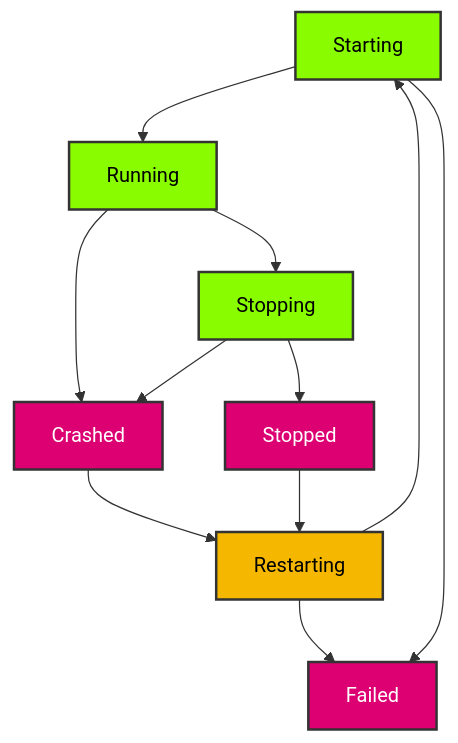
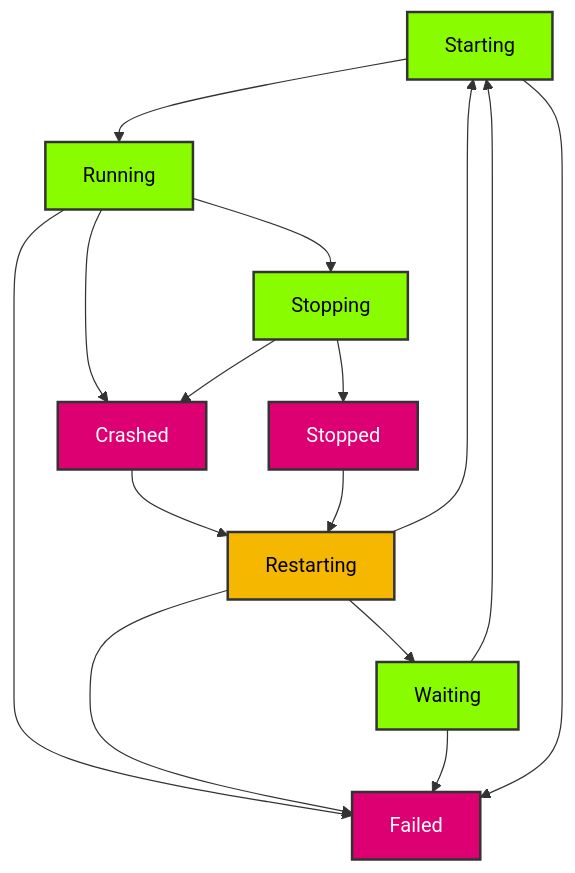
The diagram in book/src/process/state.md (smearor/process-manager), drawn with Mermaid before and after one commit. The commit also changed other lines of this file and 25 other files, not shown here.

````diff
--- a/book/src/process/state.md
+++ b/book/src/process/state.md
@@ -23,22 +24,26 @@
 ```mermaid
 graph TD
     classDef default fill: #1e1e1e, stroke: #333333, stroke-width: 1px, color: #ffffff
     classDef active fill: #89fc00, stroke: #333333, stroke-width: 2px, color: #000
     classDef transient fill: #f5b700, stroke: #333333, stroke-width: 2px, color: #000000
     classDef terminal fill: #dc0073, stroke: #333333, stroke-width: 2px, color: #ffffff
 
     Starting --> Running
+    Waiting --> Starting
     Running --> Stopping
     Stopping --> Stopped
     Running --> Crashed
     Stopping --> Crashed
     Crashed --> Restarting
     Stopped --> Restarting
     Restarting --> Starting
+    Restarting --> Waiting
+    Running --> Failed
     Restarting --> Failed
+    Waiting --> Failed
     Starting --> Failed
 
-    class Starting,Running,Stopping,Restarting active
+    class Starting,Running,Stopping,Restarting,Waiting active
     class Restarting transient
     class Stopped,Crashed,Failed terminal
 ```
````
